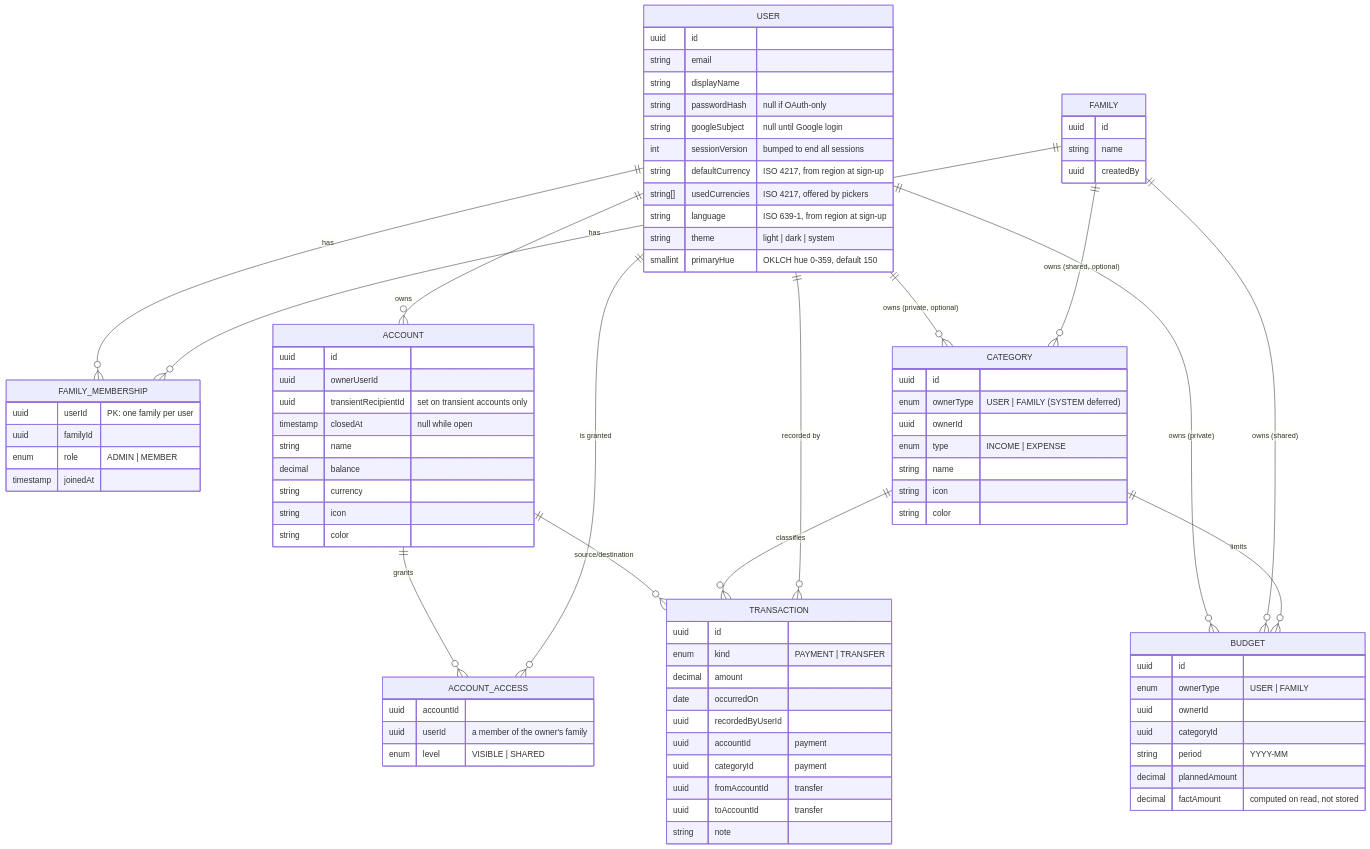
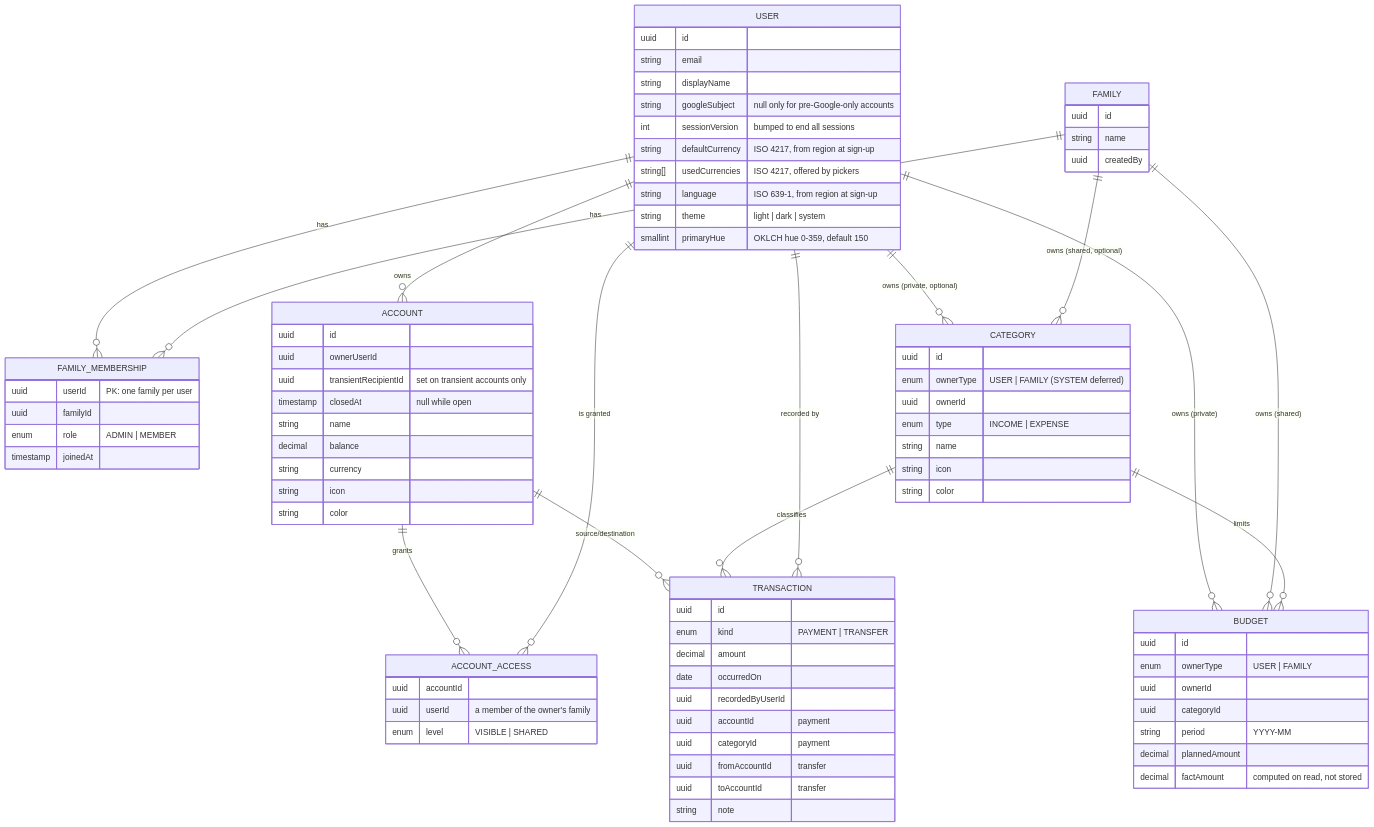
The second of 3 diagrams in docs/ARCHITECTURE.md (omarkelovUA/budget-backend), drawn with Mermaid before and after one commit. The commit also changed other lines of this file and 19 other files, not shown here.

First line of the commit message:
Sign in with Google only

```diff
--- a/docs/ARCHITECTURE.md
+++ b/docs/ARCHITECTURE.md
@@ -75,8 +75,7 @@
         uuid id
         string email
         string displayName
-        string passwordHash "null if OAuth-only"
-        string googleSubject "null until Google login"
+        string googleSubject "null only for pre-Google-only accounts"
         int sessionVersion "bumped to end all sessions"
         string defaultCurrency "ISO 4217, from region at sign-up"
         string[] usedCurrencies "ISO 4217, offered by pickers"
```
